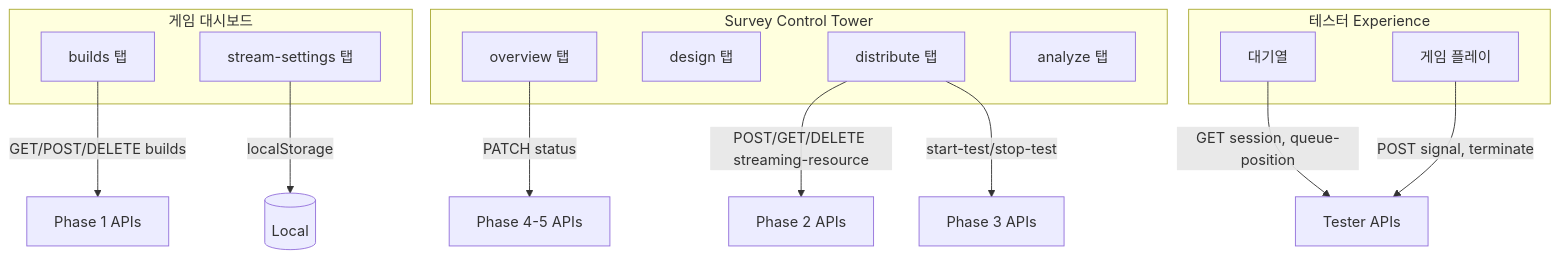
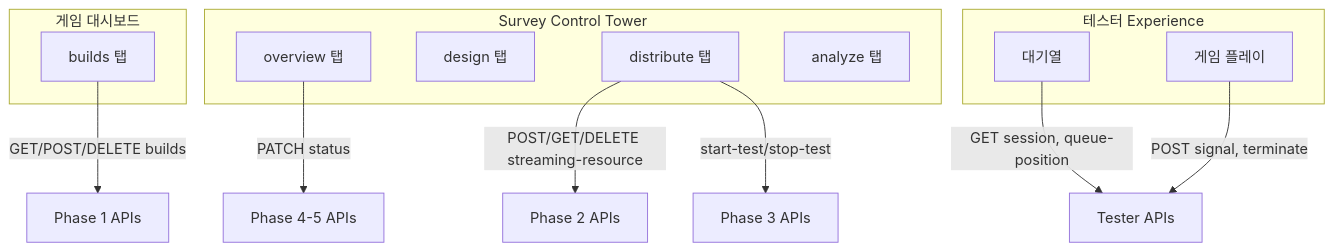
Before and after one commit to PlayProbie/client: the second of 2 diagrams in .agent/instructions/service_flow_ui.md, drawn with Mermaid. The commit also changed other lines of this file and 33 other files, not shown here.

````diff
--- a/.agent/instructions/service_flow_ui.md
+++ b/.agent/instructions/service_flow_ui.md
@@ -349,30 +349,28 @@
 ```mermaid
 graph TD
     subgraph "게임 대시보드"
         BuildsPage["builds 탭"]
-        StreamSettingsPage["stream-settings 탭"]
     end
 
     subgraph "Survey Control Tower"
         SurveyOverviewPage["overview 탭"]
         SurveyDesignPage["design 탭"]
         SurveyDistributePage["distribute 탭"]
         SurveyAnalyzePage["analyze 탭"]
     end
 
     subgraph "테스터 Experience"
         QueuePage["대기열"]
         GamePlayPage["게임 플레이"]
     end
 
     %% API 연결
     BuildsPage -->|GET/POST/DELETE builds| Phase1[Phase 1 APIs]
-    StreamSettingsPage -->|localStorage| LocalStore[(Local)]
 
     SurveyOverviewPage -->|PATCH status| Phase45[Phase 4-5 APIs]
     SurveyDistributePage -->|POST/GET/DELETE streaming-resource| Phase2[Phase 2 APIs]
     SurveyDistributePage -->|start-test/stop-test| Phase3[Phase 3 APIs]
 
     QueuePage -->|GET session, queue-position| TesterAPI[Tester APIs]
     GamePlayPage -->|POST signal, terminate| TesterAPI
 ```
````
